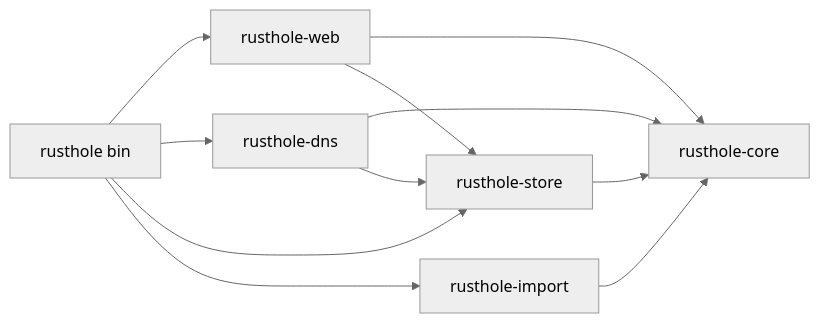
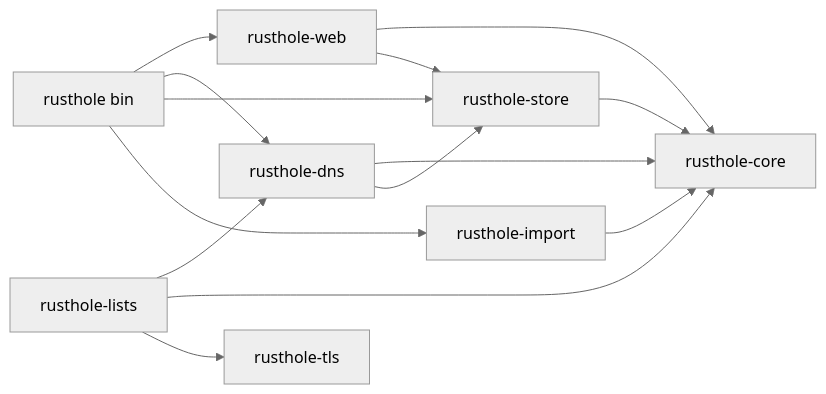
One commit to Warchant/rusthole changed the diagram in docs/ENGINEERING.md. Above: the diagram before and after it, drawn with Mermaid (neutral theme). The commit also changed other lines of this file and 27 other files, not shown here.

````diff
--- a/docs/ENGINEERING.md
+++ b/docs/ENGINEERING.md
@@ -8,13 +8,16 @@
 ```mermaid
 flowchart LR
     bin[rusthole bin] --> web[rusthole-web]
     bin --> dns[rusthole-dns]
     bin --> store[rusthole-store]
     bin --> import[rusthole-import]
     web --> core[rusthole-core]
     dns --> core
     store --> core
     import --> core
     web --> store
     dns --> store
+    lists[rusthole-lists] --> dns
+    lists --> core
+    lists --> tls[rusthole-tls]
 ```
````
